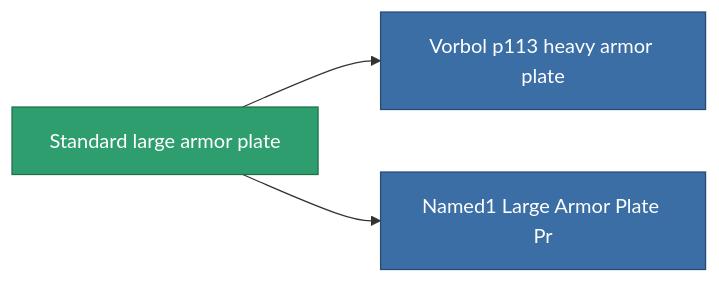
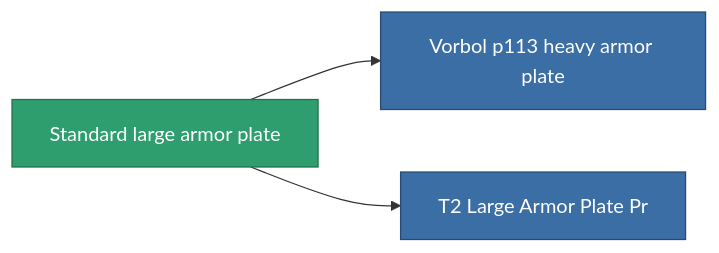
One commit to OpenPerpetuum/Wiki changed the diagram in content/content/items/standard_large_armor_plate.md. Above: the diagram before and after it, drawn with Mermaid. The commit also changed other lines of this file and 4904 other files, not shown here.

````diff
--- a/content/content/items/standard_large_armor_plate.md
+++ b/content/content/items/standard_large_armor_plate.md
@@ -55,13 +45,13 @@
 ```mermaid
 graph LR
     a["Standard large armor plate"]:::current
     b["Vorbol p113 heavy armor plate"]:::prod
     a --> b
     click b "/content/items/named1-large-armor-plate/" "Vorbol p113 heavy armor plate"
-    c["Named1 Large Armor Plate Pr"]:::prod
+    c["T2 Large Armor Plate Pr"]:::prod
     a --> c
-    click c "/content/items/named1-large-armor-plate-pr/" "Named1 Large Armor Plate Pr"
+    click c "/content/items/named1-large-armor-plate-pr/" "T2 Large Armor Plate Pr"
     classDef current fill:#2f9e6f,stroke:#1f6f4a,color:#ffffff
     classDef prod fill:#3b6ea5,stroke:#274a75,color:#ffffff
     classDef more fill:#39445a,stroke:#54658a,color:#d5dbe8
 ```
````
